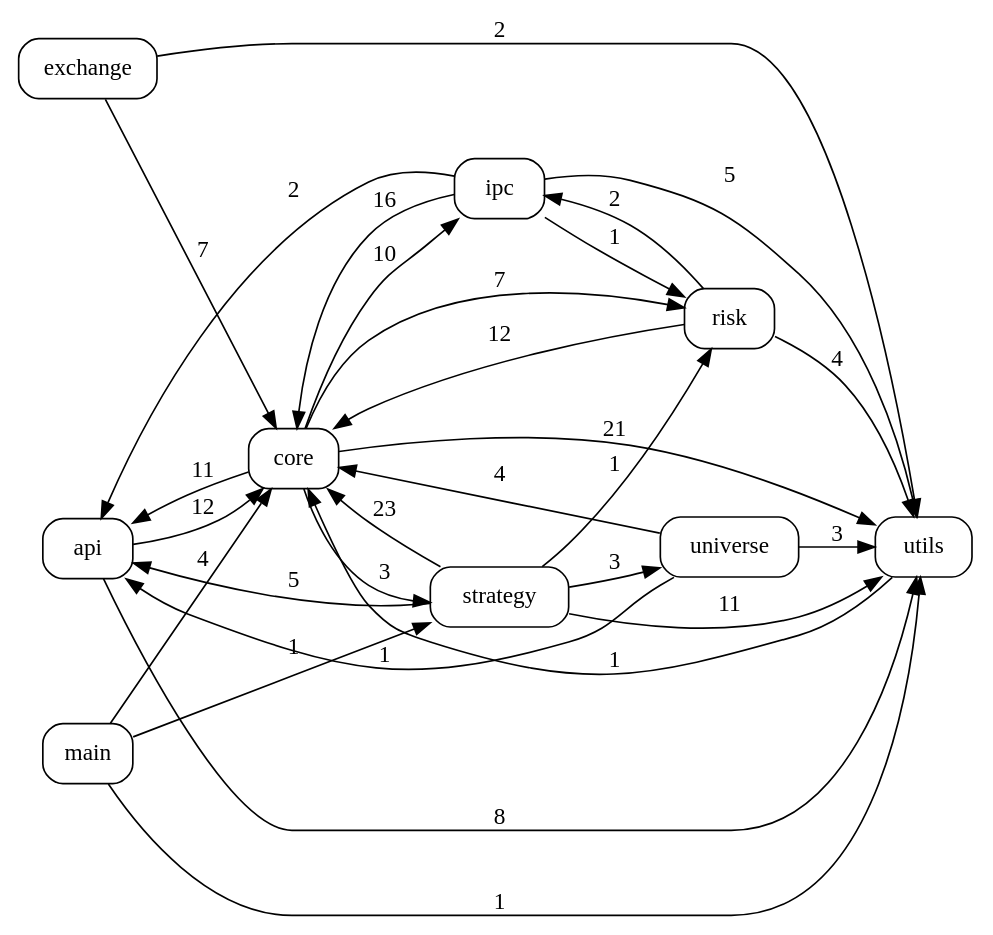
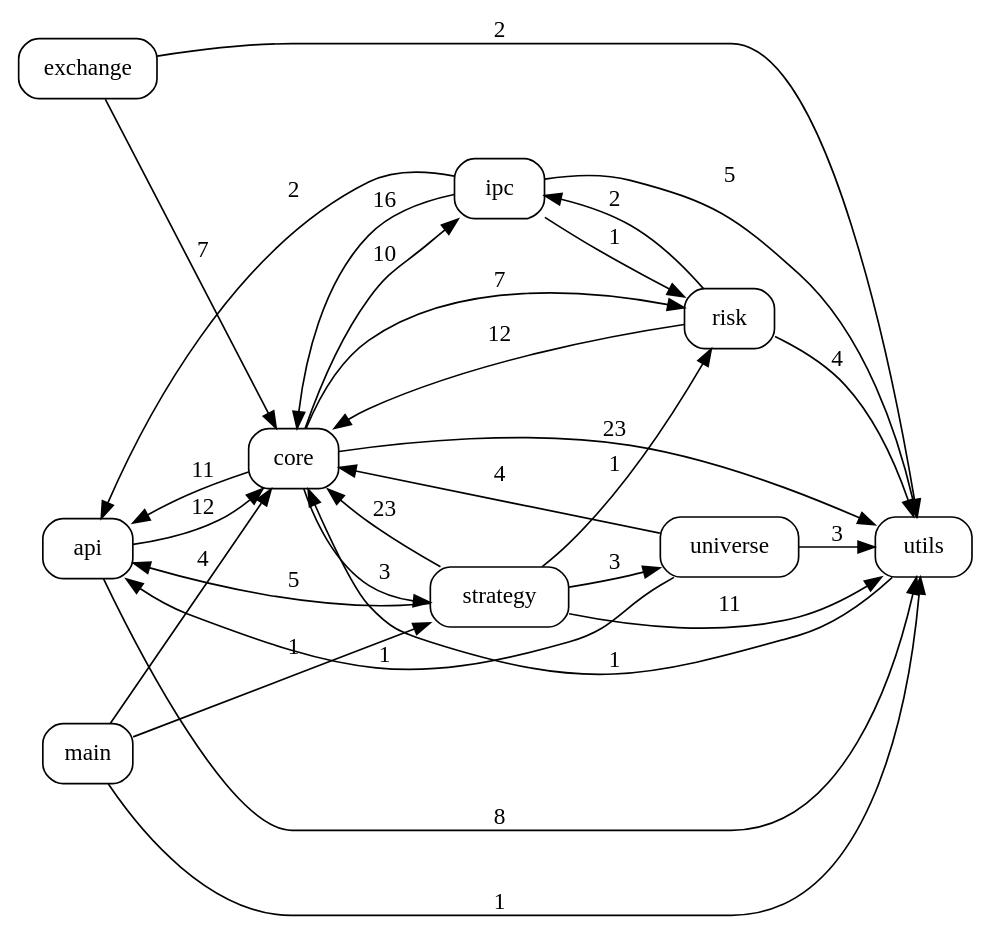
One commit to pypy8171/Quant changed the diagram in docs/code_graph.dot. Above: the diagram before and after it, drawn with Graphviz. The commit also changed 11 other files, not shown here.

```diff
--- a/docs/code_graph.dot
+++ b/docs/code_graph.dot
@@ -1,41 +1,41 @@
 digraph code_graph {
   rankdir=LR;
   node [shape=box, style=rounded, fontname="Consolas"];
   "api";
   "core";
   "exchange";
   "ipc";
   "main";
   "risk";
   "strategy";
   "universe";
   "utils";
   "api" -> "core" [label="12"];
   "api" -> "utils" [label="8"];
   "core" -> "api" [label="11"];
   "core" -> "ipc" [label="10"];
   "core" -> "risk" [label="7"];
   "core" -> "strategy" [label="3"];
-  "core" -> "utils" [label="21"];
+  "core" -> "utils" [label="23"];
   "exchange" -> "core" [label="7"];
   "exchange" -> "utils" [label="2"];
   "ipc" -> "api" [label="2"];
   "ipc" -> "core" [label="16"];
   "ipc" -> "risk" [label="1"];
   "ipc" -> "utils" [label="5"];
   "main" -> "core" [label="4"];
   "main" -> "strategy" [label="1"];
   "main" -> "utils" [label="1"];
   "risk" -> "core" [label="12"];
   "risk" -> "ipc" [label="2"];
   "risk" -> "utils" [label="4"];
   "strategy" -> "api" [label="5"];
   "strategy" -> "core" [label="23"];
   "strategy" -> "risk" [label="1"];
   "strategy" -> "universe" [label="3"];
   "strategy" -> "utils" [label="11"];
   "universe" -> "api" [label="1"];
   "universe" -> "core" [label="4"];
   "universe" -> "utils" [label="3"];
   "utils" -> "core" [label="1"];
 }
```
